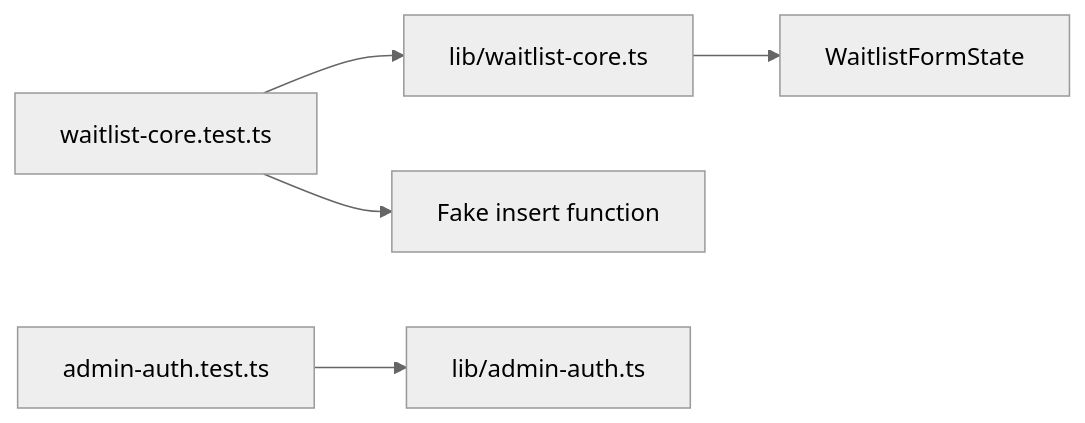
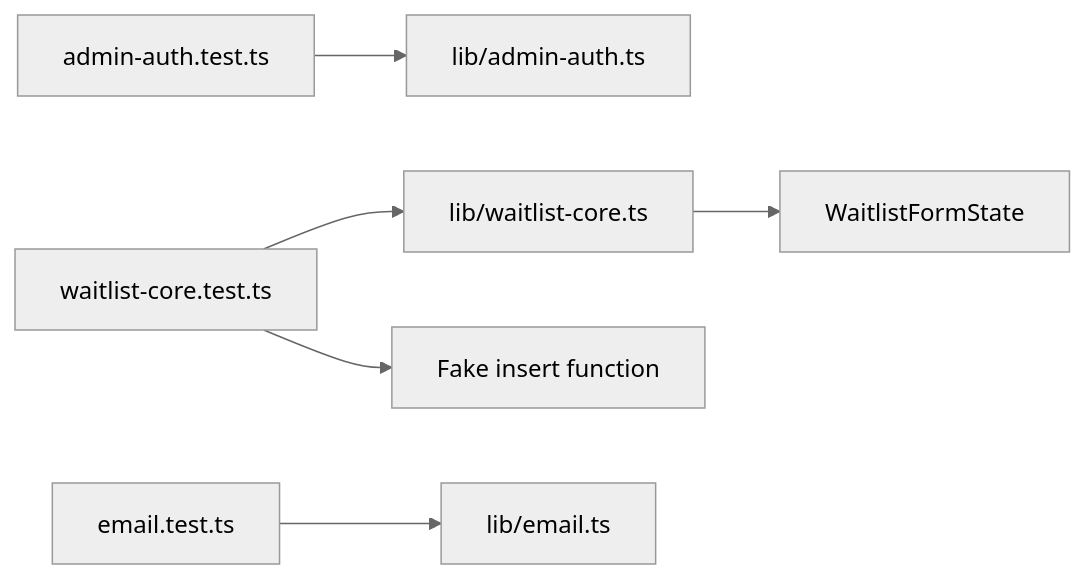
The diagram in tests/README.md (KipianiNikoloz/FoodLoop), drawn with Mermaid (neutral theme) before and after one commit. The commit also changed other lines of this file and 41 other files, not shown here.

````diff
--- a/tests/README.md
+++ b/tests/README.md
@@ -7,14 +7,17 @@
 ```mermaid
 flowchart LR
   Test[waitlist-core.test.ts]
   AdminTest[admin-auth.test.ts]
+  EmailTest[email.test.ts]
   Core[lib/waitlist-core.ts]
   Admin[lib/admin-auth.ts]
+  Email[lib/email.ts]
   FakeInsert[Fake insert function]
   State[WaitlistFormState]
 
   Test --> Core
   Test --> FakeInsert
   Core --> State
   AdminTest --> Admin
+  EmailTest --> Email
 ```
````
